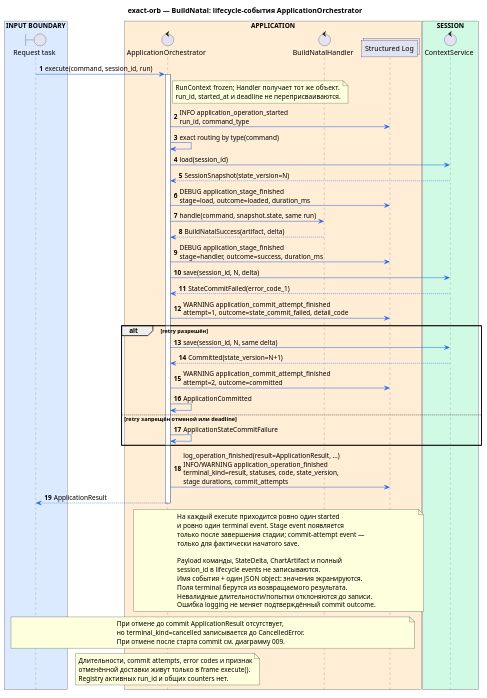
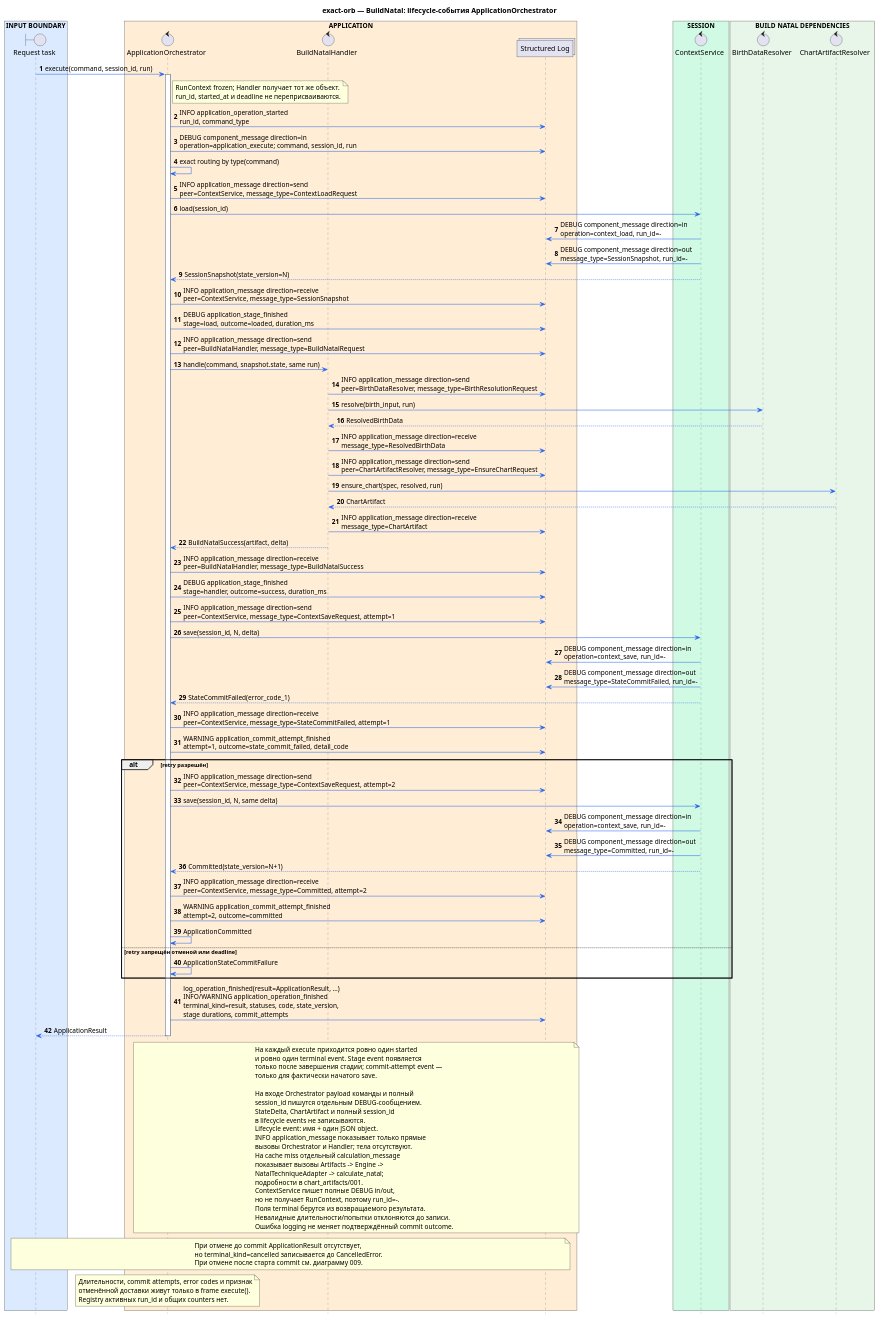
Before and after one commit to ksenia-baranova/exact-orb-demo: the diagram in docs/sequence_diagrams/build_natal/010-build_natal_application_observability.puml, drawn with PlantUML. The commit also changed 25 other files, not shown here.

First line of the commit message:
fix(logging): trace Build Natal component calls

```diff
--- a/docs/sequence_diagrams/build_natal/010-build_natal_application_observability.puml
+++ b/docs/sequence_diagrams/build_natal/010-build_natal_application_observability.puml
@@ -1,98 +1,136 @@
 @startuml
 title exact-orb — BuildNatal: lifecycle-события ApplicationOrchestrator
 
 ' Реализованный observability contract ApplicationOrchestrator R3.2.
 ' Orchestrator хранит operation state только в локальных переменных execute().
 
 autonumber
 hide footbox
 
 skinparam shadowing false
 skinparam responseMessageBelowArrow true
 skinparam sequence {
     ArrowColor #2563EB
     LifeLineBorderColor #64748B
     LifeLineBackgroundColor #FFFFFF
     ParticipantBorderColor #64748B
     ParticipantFontColor #0F172A
     ParticipantBackgroundColor #F8FAFC
     NoteBorderColor #94A3B8
     NoteBackgroundColor #FFFBEA
     NoteFontColor #334155
 }
 
 box "INPUT BOUNDARY" #DBEAFE
     boundary "Request task" as Request
 end box
 
 box "APPLICATION" #FFEDD5
     control "ApplicationOrchestrator" as Orch
     control "BuildNatalHandler" as Handler
     collections "Structured Log" as Log
 end box
 
 box "SESSION" #D1FAE5
     control "ContextService" as Context
 end box
 
+box "BUILD NATAL DEPENDENCIES" #E8F5E9
+    control "BirthDataResolver" as Resolver
+    control "ChartArtifactResolver" as Artifacts
+end box
+
 Request -> Orch : execute(command, session_id, run)
 activate Orch
 note right of Orch
 RunContext frozen; Handler получает тот же объект.
 run_id, started_at и deadline не переприсваиваются.
 end note
 Orch -> Log : INFO application_operation_started\nrun_id, command_type
+Orch -> Log : DEBUG component_message direction=in\noperation=application_execute; command, session_id, run
 
 Orch -> Orch : exact routing by type(command)
+Orch -> Log : INFO application_message direction=send\npeer=ContextService, message_type=ContextLoadRequest
 Orch -> Context : load(session_id)
+Context -> Log : DEBUG component_message direction=in\noperation=context_load, run_id=-
+Context -> Log : DEBUG component_message direction=out\nmessage_type=SessionSnapshot, run_id=-
 Context --> Orch : SessionSnapshot(state_version=N)
+Orch -> Log : INFO application_message direction=receive\npeer=ContextService, message_type=SessionSnapshot
 Orch -> Log : DEBUG application_stage_finished\nstage=load, outcome=loaded, duration_ms
 
+Orch -> Log : INFO application_message direction=send\npeer=BuildNatalHandler, message_type=BuildNatalRequest
 Orch -> Handler : handle(command, snapshot.state, same run)
+Handler -> Log : INFO application_message direction=send\npeer=BirthDataResolver, message_type=BirthResolutionRequest
+Handler -> Resolver : resolve(birth_input, run)
+Resolver --> Handler : ResolvedBirthData
+Handler -> Log : INFO application_message direction=receive\nmessage_type=ResolvedBirthData
+Handler -> Log : INFO application_message direction=send\npeer=ChartArtifactResolver, message_type=EnsureChartRequest
+Handler -> Artifacts : ensure_chart(spec, resolved, run)
+Artifacts --> Handler : ChartArtifact
+Handler -> Log : INFO application_message direction=receive\nmessage_type=ChartArtifact
 Handler --> Orch : BuildNatalSuccess(artifact, delta)
+Orch -> Log : INFO application_message direction=receive\npeer=BuildNatalHandler, message_type=BuildNatalSuccess
 Orch -> Log : DEBUG application_stage_finished\nstage=handler, outcome=success, duration_ms
 
+Orch -> Log : INFO application_message direction=send\npeer=ContextService, message_type=ContextSaveRequest, attempt=1
 Orch -> Context : save(session_id, N, delta)
+Context -> Log : DEBUG component_message direction=in\noperation=context_save, run_id=-
+Context -> Log : DEBUG component_message direction=out\nmessage_type=StateCommitFailed, run_id=-
 Context --> Orch : StateCommitFailed(error_code_1)
+Orch -> Log : INFO application_message direction=receive\npeer=ContextService, message_type=StateCommitFailed, attempt=1
 Orch -> Log : WARNING application_commit_attempt_finished\nattempt=1, outcome=state_commit_failed, detail_code
 
 alt retry разрешён
+    Orch -> Log : INFO application_message direction=send\npeer=ContextService, message_type=ContextSaveRequest, attempt=2
     Orch -> Context : save(session_id, N, same delta)
+    Context -> Log : DEBUG component_message direction=in\noperation=context_save, run_id=-
+    Context -> Log : DEBUG component_message direction=out\nmessage_type=Committed, run_id=-
     Context --> Orch : Committed(state_version=N+1)
+    Orch -> Log : INFO application_message direction=receive\npeer=ContextService, message_type=Committed, attempt=2
     Orch -> Log : WARNING application_commit_attempt_finished\nattempt=2, outcome=committed
     Orch -> Orch : ApplicationCommitted
 else retry запрещён отменой или deadline
     Orch -> Orch : ApplicationStateCommitFailure
 end
 
 Orch -> Log : log_operation_finished(result=ApplicationResult, ...)\nINFO/WARNING application_operation_finished\nterminal_kind=result, statuses, code, state_version,\nstage durations, commit_attempts
 Orch --> Request : ApplicationResult
 deactivate Orch
 
 note over Orch, Log
 На каждый execute приходится ровно один started
 и ровно один terminal event. Stage event появляется
 только после завершения стадии; commit-attempt event —
 только для фактически начатого save.
 
-Payload команды, StateDelta, ChartArtifact и полный
-session_id в lifecycle events не записываются.
-Имя события + один JSON object: значения экранируются.
+На входе Orchestrator payload команды и полный
+session_id пишутся отдельным DEBUG-сообщением.
+StateDelta, ChartArtifact и полный session_id
+в lifecycle events не записываются.
+Lifecycle event: имя + один JSON object.
+INFO application_message показывает только прямые
+вызовы Orchestrator и Handler; тела отсутствуют.
+На cache miss отдельный calculation_message
+показывает вызовы Artifacts -> Engine ->
+NatalTechniqueAdapter -> calculate_natal;
+подробности в chart_artifacts/001.
+ContextService пишет полные DEBUG in/out,
+но не получает RunContext, поэтому run_id=-.
 Поля terminal берутся из возвращаемого результата.
 Невалидные длительности/попытки отклоняются до записи.
 Ошибка logging не меняет подтверждённый commit outcome.
 end note
 
 note over Request, Log
 При отмене до commit ApplicationResult отсутствует,
 но terminal_kind=cancelled записывается до CancelledError.
 При отмене после старта commit см. диаграмму 009.
 end note
 
 note over Orch
 Длительности, commit attempts, error codes и признак
 отменённой доставки живут только в frame execute().
 Registry активных run_id и общих counters нет.
 end note
 
 @enduml
```
